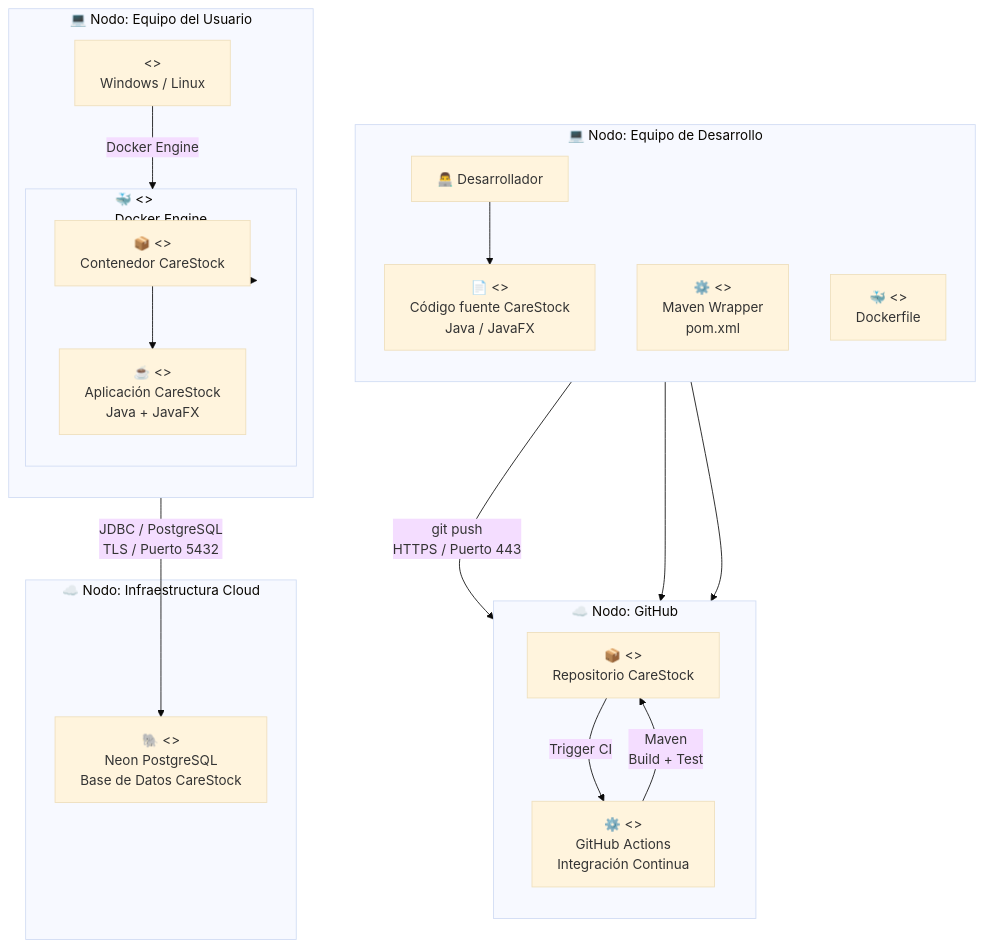
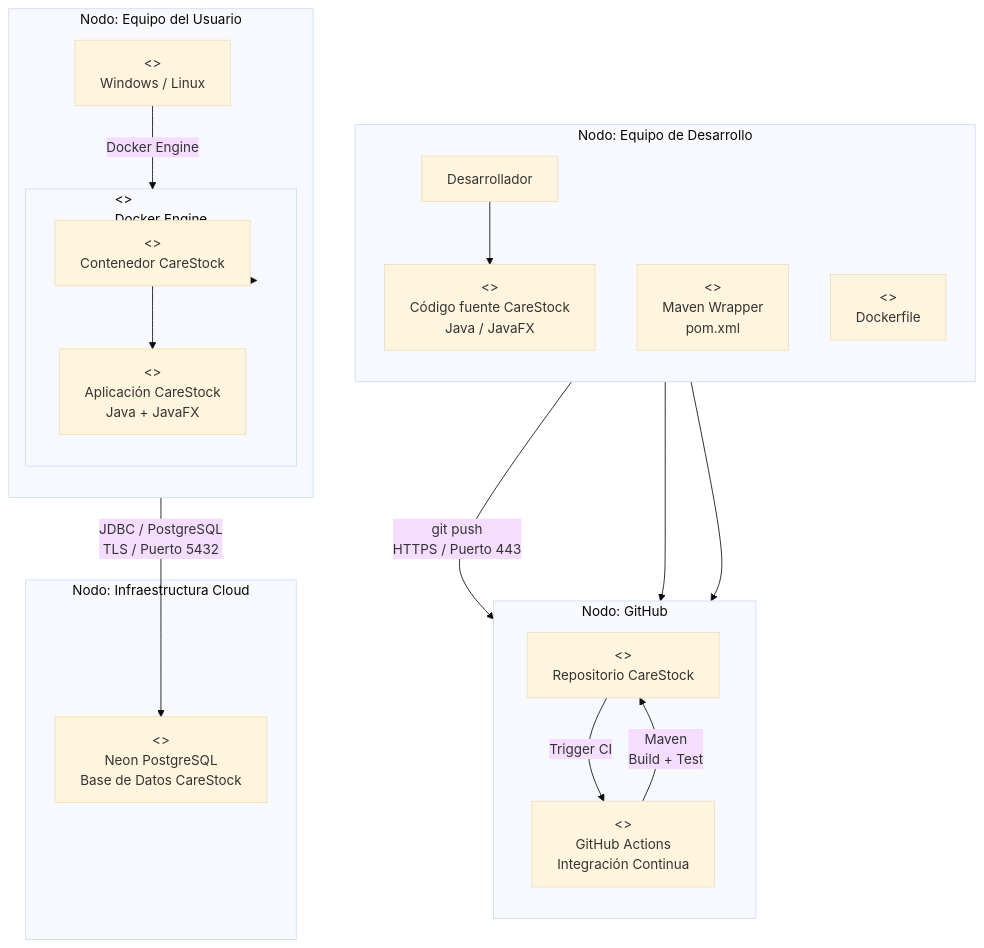
The diagram in docs/diagramas/DIAGRAMA_DESPLIEGUE.md (puj-course/FIS_2630_1204_G1), drawn with Mermaid (base theme) before and after one commit.

Commit message:
Fix formatting and labels in deployment diagram

````diff
--- a/docs/diagramas/DIAGRAMA_DESPLIEGUE.md
+++ b/docs/diagramas/DIAGRAMA_DESPLIEGUE.md
@@ -18,77 +18,77 @@
 ```mermaid
 flowchart TB
 
-    subgraph DEV["💻 Nodo: Equipo de Desarrollo"]
+    subgraph DEV[" Nodo: Equipo de Desarrollo"]
         direction TB
 
-        DEVELOPER["👨‍💻 Desarrollador"]
+        DEVELOPER[" Desarrollador"]
 
-        SOURCE["📄 <<artifact>>
+        SOURCE[" <<artifact>>
         Código fuente CareStock
         Java / JavaFX"]
 
-        MAVEN["⚙️ <<artifact>>
+        MAVEN[" <<artifact>>
         Maven Wrapper
         pom.xml"]
 
-        DOCKERFILE["🐳 <<artifact>>
+        DOCKERFILE[" <<artifact>>
         Dockerfile"]
     end
 
-    subgraph GITHUB["☁️ Nodo: GitHub"]
+    subgraph GITHUB[" Nodo: GitHub"]
         direction TB
 
-        REPOSITORY["📦 <<artifact>>
+        REPOSITORY[" <<artifact>>
         Repositorio CareStock"]
 
-        ACTIONS["⚙️ <<executionEnvironment>>
+        ACTIONS[" <<executionEnvironment>>
         GitHub Actions
         Integración Continua"]
     end
 
-    subgraph USER_DEVICE["💻 Nodo: Equipo del Usuario"]
+    subgraph USER_DEVICE[" Nodo: Equipo del Usuario"]
         direction TB
 
         OS["<<device>>
         Windows / Linux"]
 
-        subgraph DOCKER["🐳 <<executionEnvironment>>
+        subgraph DOCKER[" <<executionEnvironment>>
         Docker Engine"]
 
-            CONTAINER["📦 <<node>>
+            CONTAINER[" <<node>>
             Contenedor CareStock"]
 
-            APP["☕ <<artifact>>
+            APP[" <<artifact>>
             Aplicación CareStock
             Java + JavaFX"]
         end
     end
 
-    subgraph CLOUD["☁️ Nodo: Infraestructura Cloud"]
-        NEON["🐘 <<database>>
+    subgraph CLOUD[" Nodo: Infraestructura Cloud"]
+        NEON[" <<database>>
         Neon PostgreSQL
         Base de Datos CareStock"]
     end
 
     DEVELOPER --> SOURCE
 
     SOURCE -->|"git push
     HTTPS / Puerto 443"| REPOSITORY
 
     MAVEN --> REPOSITORY
     DOCKERFILE --> REPOSITORY
 
     REPOSITORY -->|"Trigger CI"| ACTIONS
 
     ACTIONS -->|"Maven
     Build + Test"| REPOSITORY
 
     OS -->|"Docker Engine"| DOCKER
 
     DOCKER --> CONTAINER
 
     CONTAINER --> APP
 
     APP -->|"JDBC / PostgreSQL
     TLS / Puerto 5432"| NEON
 ```
````
